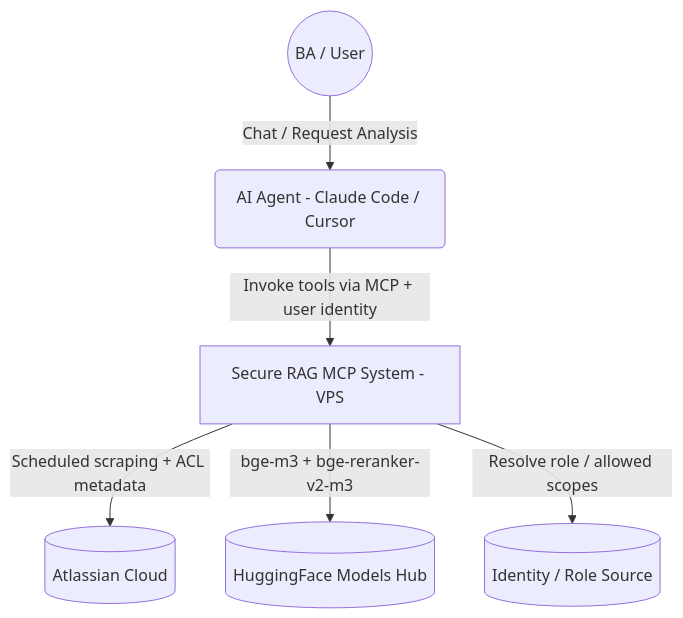
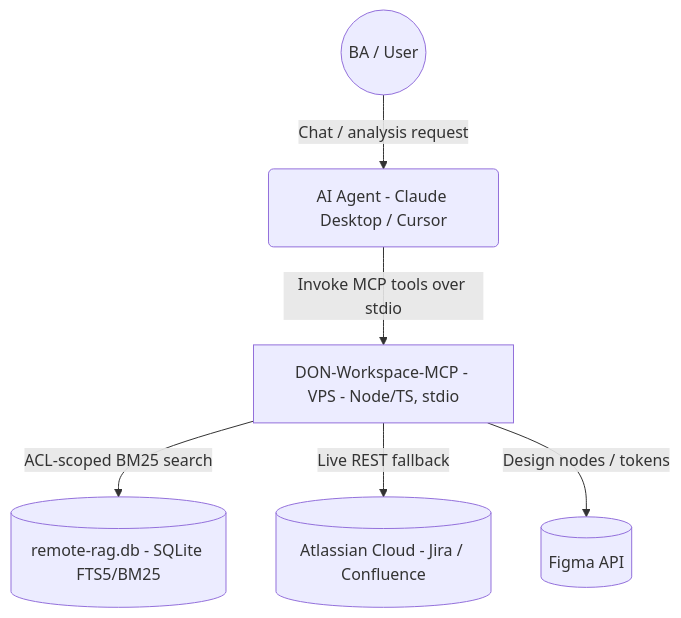
One commit to cachep-xidau/MCP-server changed the first of 5 diagrams in README.md. Above: the diagram before and after it, drawn with Mermaid. The commit also changed other lines of this file and 4 other files, not shown here.

First line of the commit message:
refactor: align docs with real TS/SQLite/BM25 stack and enforce ACL

````diff
--- a/README.md
+++ b/README.md
@@ -24,15 +26,15 @@
 ```mermaid
 graph TD
     User((BA / User))
-    Agent(AI Agent - Claude Code / Cursor)
-    RAG_System[Secure RAG MCP System - VPS]
-    Atlassian[(Atlassian Cloud)]
-    HuggingFace[(HuggingFace Models Hub)]
-    IdP[(Identity / Role Source)]
+    Agent(AI Agent - Claude Desktop / Cursor)
+    MCP[DON-Workspace-MCP - VPS - Node/TS, stdio]
+    KB[(remote-rag.db - SQLite FTS5/BM25)]
+    Atlassian[(Atlassian Cloud - Jira / Confluence)]
+    Figma[(Figma API)]
 
-    User -->|Chat / Request Analysis| Agent
-    Agent -->|Invoke tools via MCP + user identity| RAG_System
-    RAG_System -->|Scheduled scraping + ACL metadata| Atlassian
-    RAG_System -->|bge-m3 + bge-reranker-v2-m3| HuggingFace
-    RAG_System -->|Resolve role / allowed scopes| IdP
+    User -->|Chat / analysis request| Agent
+    Agent -->|Invoke MCP tools over stdio| MCP
+    MCP -->|ACL-scoped BM25 search| KB
+    MCP -->|Live REST fallback| Atlassian
+    MCP -->|Design nodes / tokens| Figma
 ```
````
